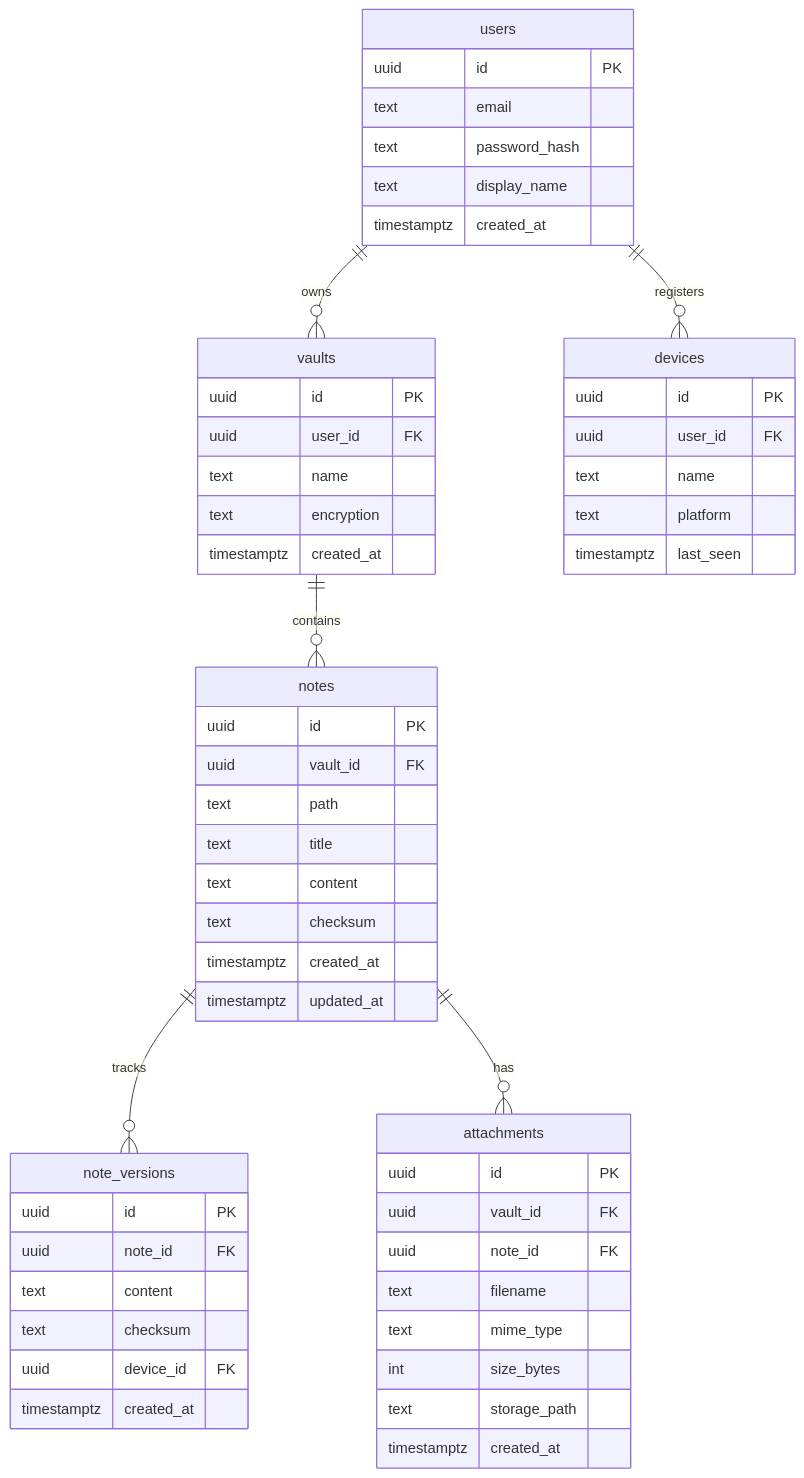
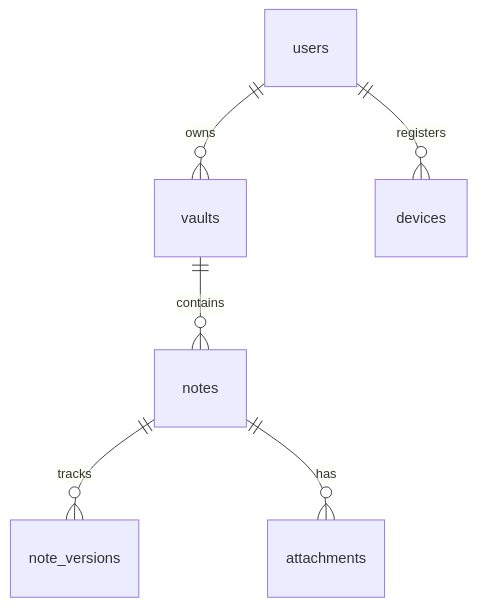
The fourth of 4 diagrams in docs/architecture.md (Tombomeke-Studios/NexusNotes), drawn with Mermaid before and after one commit. The commit also changed other lines of this file and 4 other files, not shown here.

First line of the commit message:
docs: remove database schema code from documentation

````diff
--- a/docs/architecture.md
+++ b/docs/architecture.md
@@ -129,58 +131,8 @@
 ```mermaid
 erDiagram
-    users {
-        uuid id PK
-        text email
-        text password_hash
-        text display_name
-        timestamptz created_at
-    }
-    vaults {
-        uuid id PK
-        uuid user_id FK
-        text name
-        text encryption
-        timestamptz created_at
-    }
-    notes {
-        uuid id PK
-        uuid vault_id FK
-        text path
-        text title
-        text content
-        text checksum
-        timestamptz created_at
-        timestamptz updated_at
-    }
-    note_versions {
-        uuid id PK
-        uuid note_id FK
-        text content
-        text checksum
-        uuid device_id FK
-        timestamptz created_at
-    }
-    devices {
-        uuid id PK
-        uuid user_id FK
-        text name
-        text platform
-        timestamptz last_seen
-    }
-    attachments {
-        uuid id PK
-        uuid vault_id FK
-        uuid note_id FK
-        text filename
-        text mime_type
-        int size_bytes
-        text storage_path
-        timestamptz created_at
-    }
-
     users ||--o{ vaults : owns
     vaults ||--o{ notes : contains
     notes ||--o{ note_versions : tracks
     notes ||--o{ attachments : has
     users ||--o{ devices : registers
 ```
````
